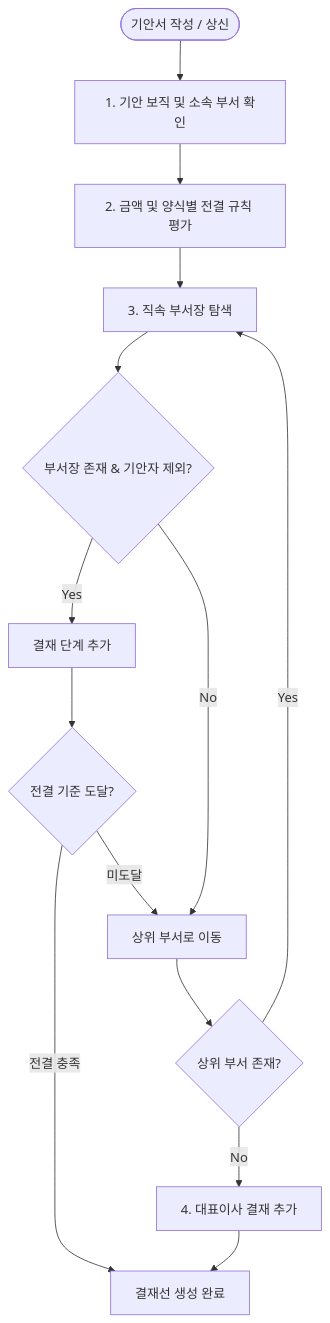
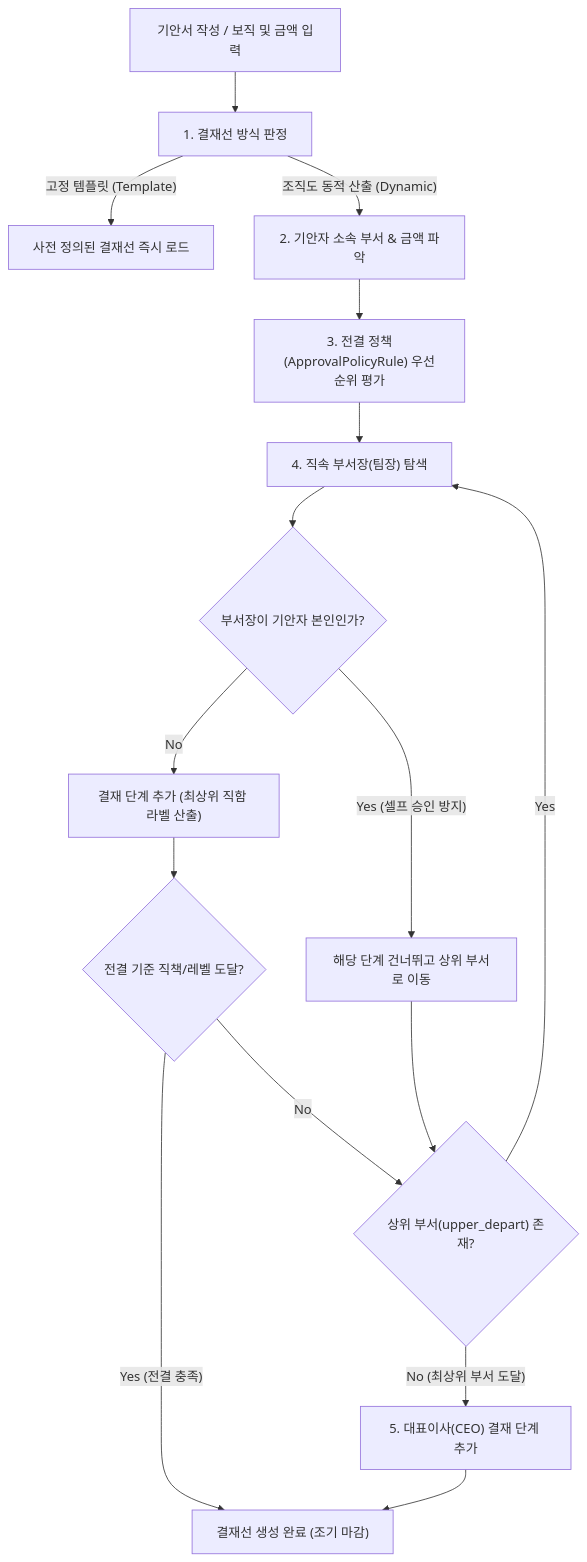
Before and after one commit to nc2U/ibs: the diagram in app/vue/docs/approval/route.md, drawn with Mermaid. The commit also changed other lines of this file and 9 other files, not shown here.

````diff
--- a/app/vue/docs/approval/route.md
+++ b/app/vue/docs/approval/route.md
@@ -7,16 +7,21 @@
 ```mermaid
 flowchart TD
-    Start([기안서 작성 / 상신]) --> A[1. 기안 보직 및 소속 부서 확인]
-    A --> B[2. 금액 및 양식별 전결 규칙 평가]
-    B --> C[3. 직속 부서장 탐색]
-    C --> D{부서장 존재 & 기안자 제외?}
-    D -- Yes --> E[결재 단계 추가]
-    D -- No --> G[상위 부서로 이동]
-    E --> F{전결 기준 도달?}
-    F -- "전결 충족" --> FinalReached[결재선 생성 완료]
-    F -- "미도달" --> G
-    G --> H{상위 부서 존재?}
-    H -- Yes --> C
-    H -- No --> I[4. 대표이사 결재 추가]
-    I --> FinalReached
+    Start["기안서 작성 / 보직 및 금액 입력"] --> A["1. 결재선 방식 판정"]
+    A -- " 고정 템플릿 (Template) " --> A1["사전 정의된 결재선 즉시 로드"]
+    A -- " 조직도 동적 산출 (Dynamic) " --> B["2. 기안자 소속 부서 & 금액 파악"]
+    
+    B --> C["3. 전결 정책(ApprovalPolicyRule) 우선순위 평가"]
+    C --> D["4. 직속 부서장(팀장) 탐색"]
+    D --> E{"부서장이 기안자 본인인가?"}
+    E -- " Yes (셀프 승인 방지) " --> F["해당 단계 건너뛰고 상위 부서로 이동"]
+    E -- " No " --> G["결재 단계 추가 (최상위 직함 라벨 산출)"]
+    
+    G --> H{"전결 기준 직책/레벨 도달?"}
+    H -- " Yes (전결 충족) " --> FinalReached["결재선 생성 완료 (조기 마감)"]
+    H -- " No " --> I{"상위 부서(upper_depart) 존재?"}
+    
+    F --> I
+    I -- Yes --> D
+    I -- " No (최상위 부서 도달) " --> J["5. 대표이사(CEO) 결재 단계 추가"]
+    J --> FinalReached
 ```
````
